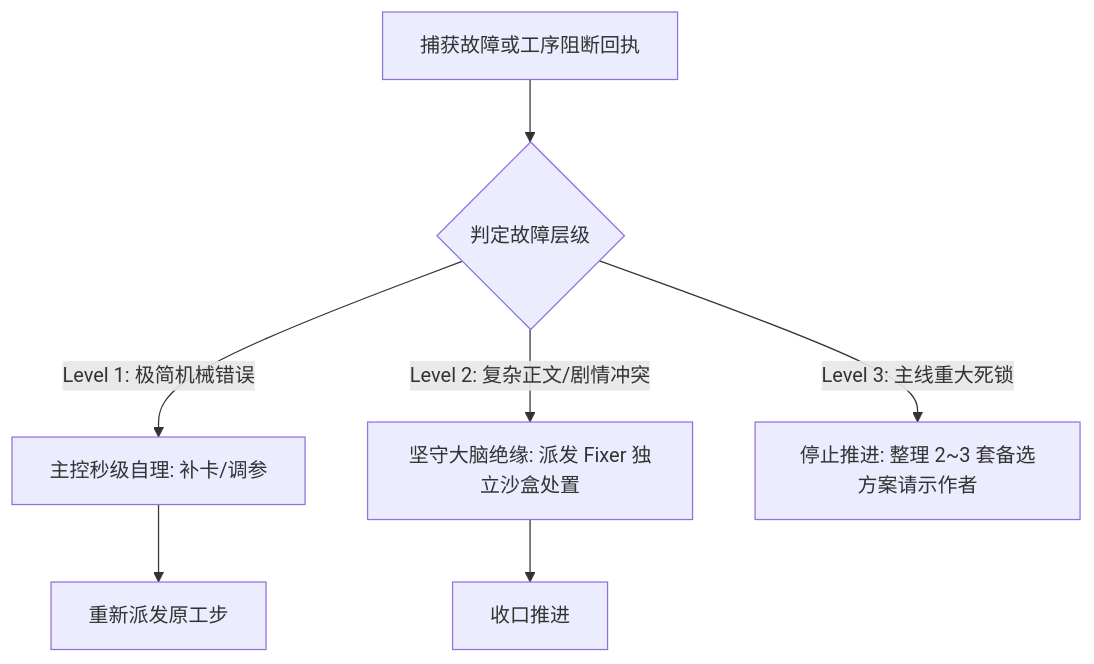
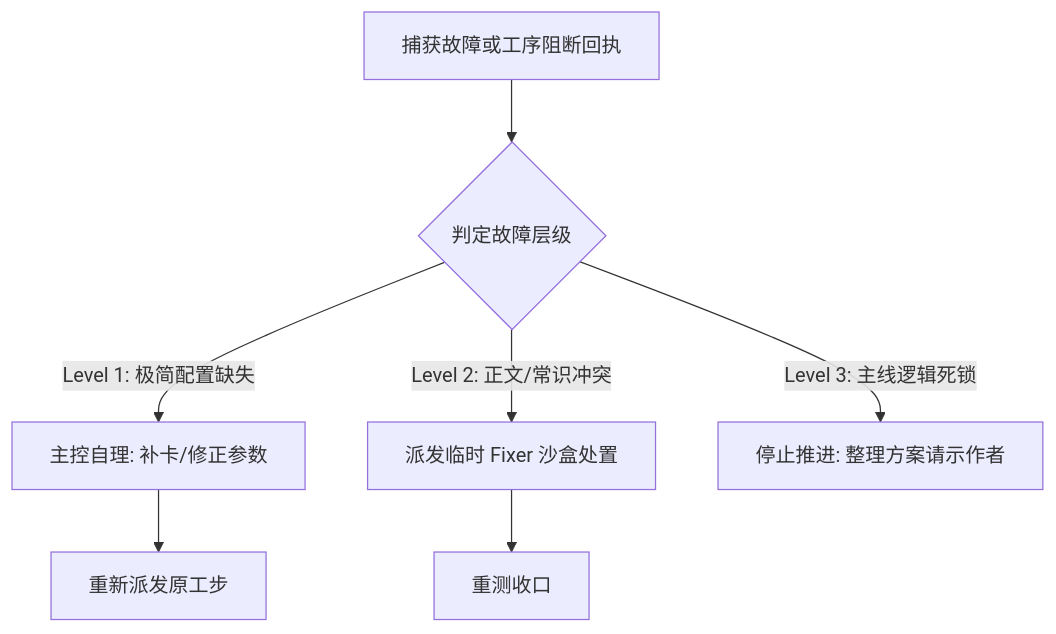
One commit to cg110902/NOVEL changed the second of 2 diagrams in .agents/skills/director/SKILL.md. Above: the diagram before and after it, drawn with Mermaid. The commit also changed other lines of this file and 6 other files, not shown here.

````diff
--- a/.agents/skills/director/SKILL.md
+++ b/.agents/skills/director/SKILL.md
@@ -300,7 +215,7 @@
 ```mermaid
 graph TD
     Err[捕获故障或工序阻断回执] --> Judge{判定故障层级}
-    Judge -->|Level 1: 极简机械错误| Fix1[主控秒级自理: 补卡/调参] --> Retry[重新派发原工步]
-    Judge -->|Level 2: 复杂正文/剧情冲突| Fix2[坚守大脑绝缘: 派发 Fixer 独立沙盒处置] --> Close[收口推进]
-    Judge -->|Level 3: 主线重大死锁| Fix3[停止推进: 整理 2~3 套备选方案请示作者]
+    Judge -->|Level 1: 极简配置缺失| Fix1[主控自理: 补卡/修正参数] --> Retry[重新派发原工步]
+    Judge -->|Level 2: 正文/常识冲突| Fix2[派发临时 Fixer 沙盒处置] --> Close[重测收口]
+    Judge -->|Level 3: 主线逻辑死锁| Fix3[停止推进: 整理方案请示作者]
 ```
````
